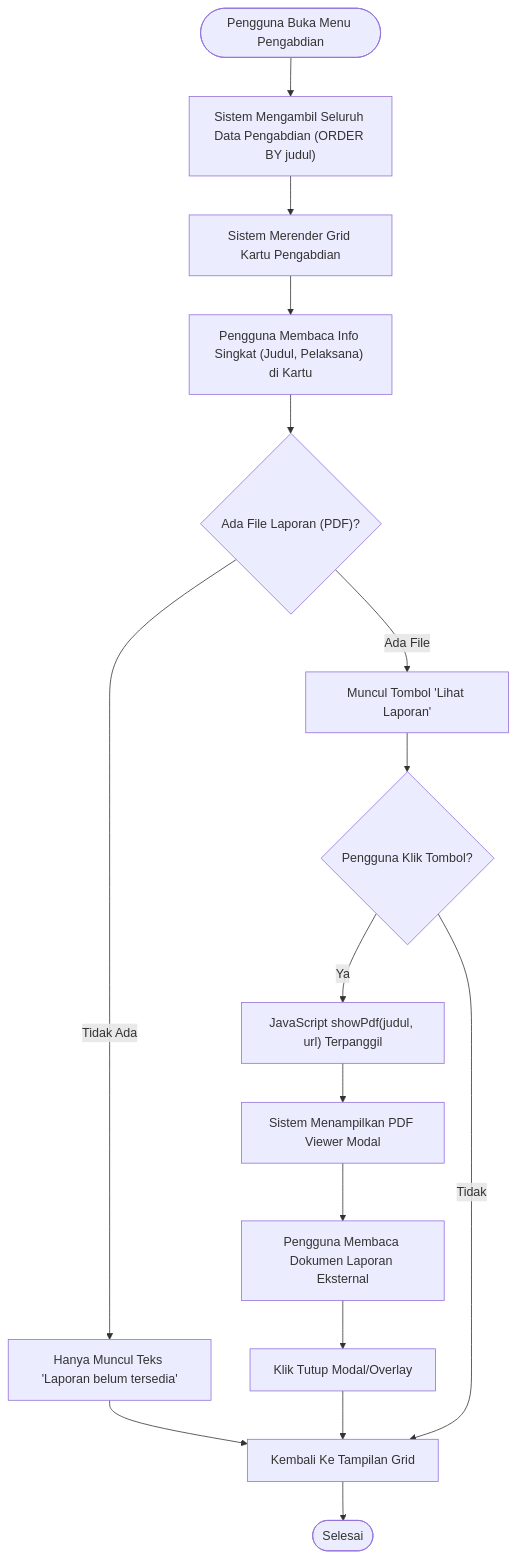
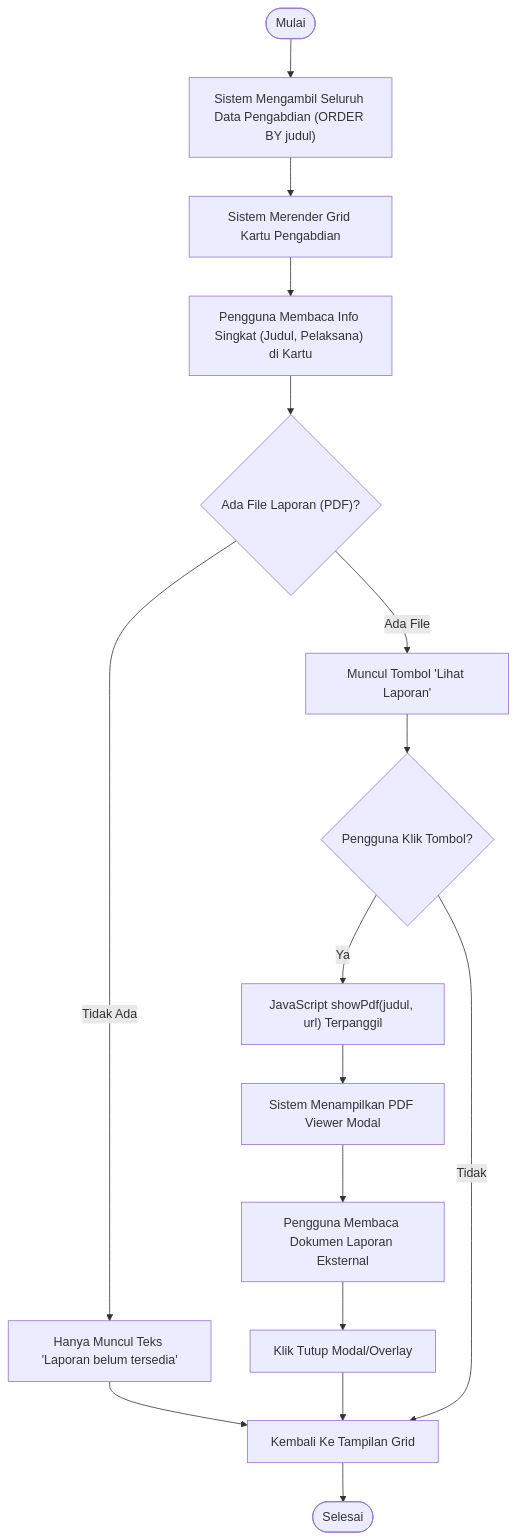
The first of 2 diagrams in docs/activity_diagram_pengabdian.md (arbain-dev/Web_fikom), drawn with Mermaid before and after one commit. The commit also changed other lines of this file and 7 other files, not shown here.

Commit message:
docs: standarisasi semua awal flowchart diagram menjadi 'Mulai'

````diff
--- a/docs/activity_diagram_pengabdian.md
+++ b/docs/activity_diagram_pengabdian.md
@@ -11,25 +11,25 @@
 ```mermaid
 flowchart TD
-    Start([Pengguna Buka Menu Pengabdian]) --> FetchList["Sistem Mengambil Seluruh Data Pengabdian (ORDER BY judul)"]
+    Mulai([Mulai]) --> FetchList["Sistem Mengambil Seluruh Data Pengabdian (ORDER BY judul)"]
     FetchList --> RenderCards[Sistem Merender Grid Kartu Pengabdian]
     
     RenderCards --> UserRead["Pengguna Membaca Info Singkat (Judul, Pelaksana) di Kartu"]
     UserRead --> CheckFile{"Ada File Laporan (PDF)?"}
     
     CheckFile -- "Tidak Ada" --> DetailText[Hanya Muncul Teks 'Laporan belum tersedia']
     CheckFile -- "Ada File" --> ShowBtn[Muncul Tombol 'Lihat Laporan']
     
     ShowBtn --> ClickBtn{Pengguna Klik Tombol?}
     ClickBtn -- "Ya" --> TriggerJS["JavaScript showPdf(judul, url) Terpanggil"]
     
     TriggerJS --> OpenModal[Sistem Menampilkan PDF Viewer Modal]
     OpenModal --> UserReadPDF[Pengguna Membaca Dokumen Laporan Eksternal]
     
     UserReadPDF --> CloseModal[Klik Tutup Modal/Overlay]
     CloseModal --> EndRead[Kembali Ke Tampilan Grid]
     
     DetailText --> EndRead
     ClickBtn -- "Tidak" --> EndRead
     
     EndRead --> End([Selesai])
 ```
````
